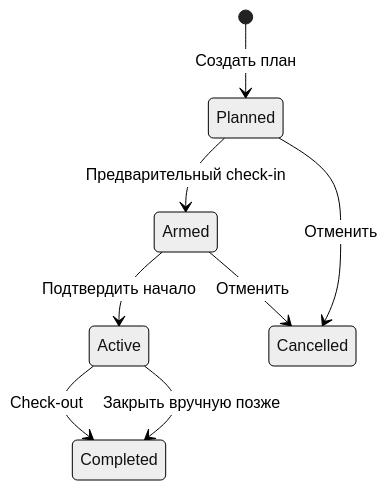
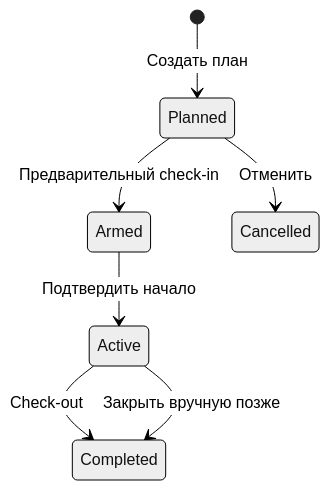
One commit to u-alexander-gb/WorkHoursApp changed the diagram in docs/functional-design.md. Above: the diagram before and after it, drawn with Mermaid (neutral theme). The commit also changed other lines of this file and 5 other files, not shown here.

````diff
--- a/docs/functional-design.md
+++ b/docs/functional-design.md
@@ -71,10 +78,9 @@
 ```mermaid
 stateDiagram-v2
     [*] --> Planned: Создать план
     Planned --> Armed: Предварительный check-in
     Armed --> Active: Подтвердить начало
     Active --> Completed: Check-out
     Planned --> Cancelled: Отменить
-    Armed --> Cancelled: Отменить
     Active --> Completed: Закрыть вручную позже
 ```
````
